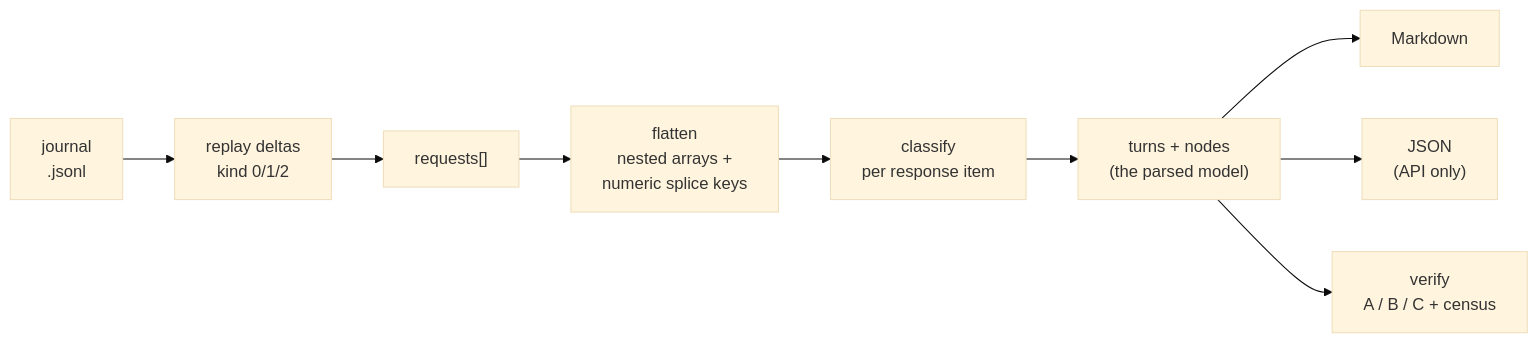
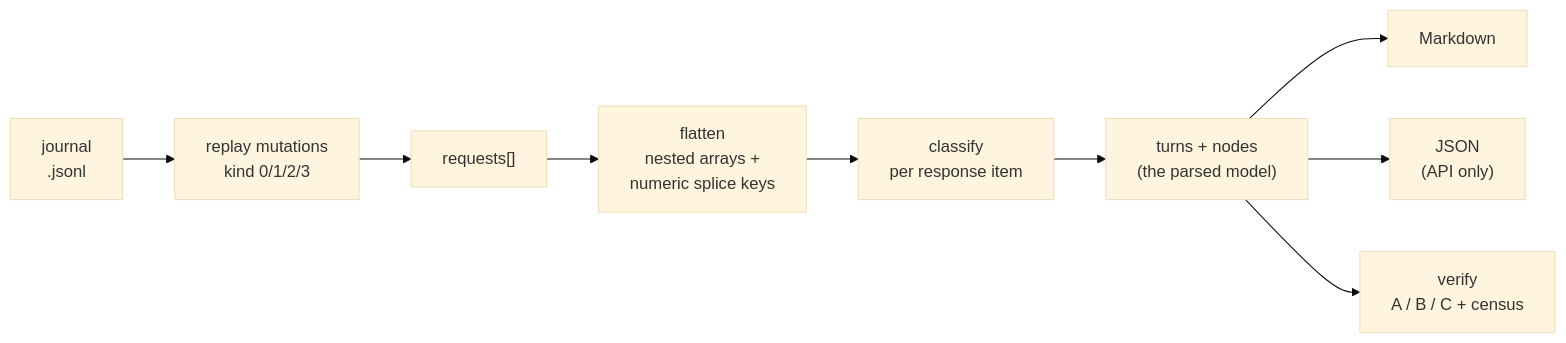
The diagram in README.md (rrabb/copilot-chat-exporter), drawn with Mermaid (base theme) before and after one commit. The commit also changed other lines of this file and 16 other files, not shown here.

````diff
--- a/README.md
+++ b/README.md
@@ -305,11 +305,11 @@
 ```mermaid
 flowchart LR
-  A["journal<br/>.jsonl"] --> B["replay deltas<br/>kind 0/1/2"]
+  A["journal<br/>.jsonl"] --> B["replay mutations<br/>kind 0/1/2/3"]
   B --> C["requests[]"]
   C --> D["flatten<br/>nested arrays +<br/>numeric splice keys"]
   D --> E["classify<br/>per response item"]
   E --> F["turns + nodes<br/>(the parsed model)"]
   F --> G["Markdown"]
   F --> H["JSON<br/>(API only)"]
   F --> I["verify<br/>A / B / C + census"]
 ```
````
